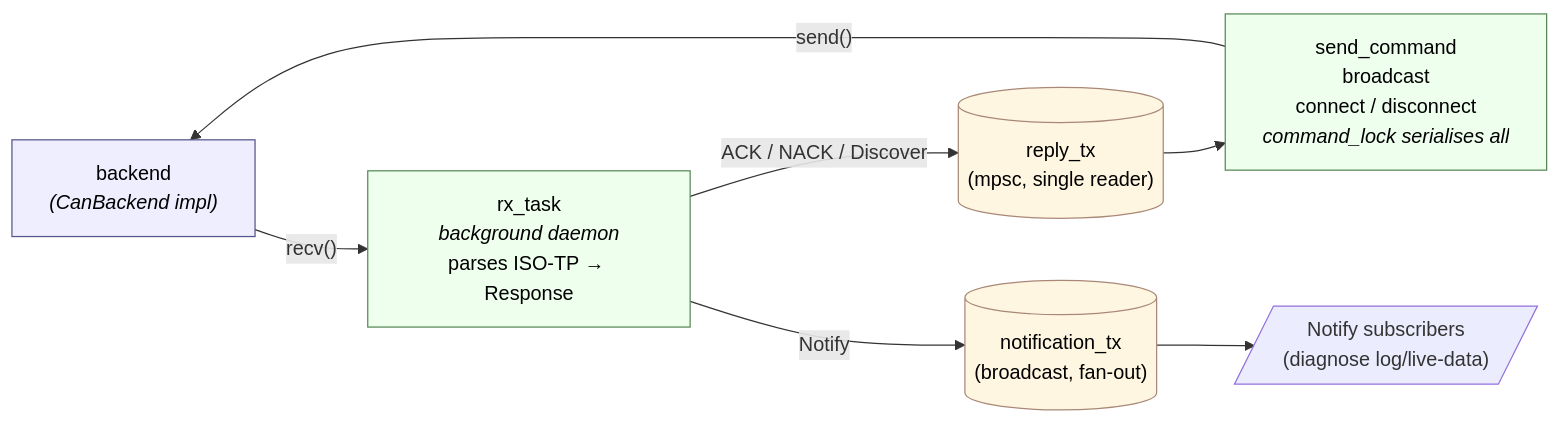
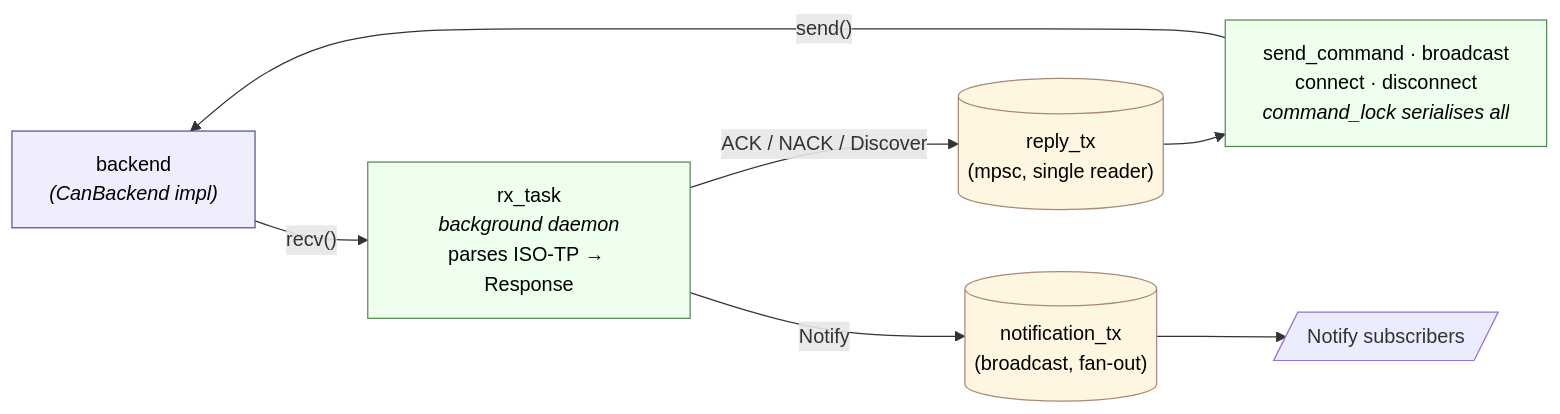
One commit to isc-fs/MingoCAN changed the diagram in ARCHITECTURE.md. Above: the diagram before and after it, drawn with Mermaid. The commit also changed other lines of this file and 3 other files, not shown here.

First line of the commit message:
docs: rewrite REQUIREMENTS and ARCHITECTURE (#581)

````diff
--- a/ARCHITECTURE.md
+++ b/ARCHITECTURE.md
@@ -170,23 +173,23 @@
 ```mermaid
 flowchart LR
     backend["backend<br/><i>(CanBackend impl)</i>"]
     rx["rx_task<br/><i>background daemon</i><br/>parses ISO-TP → Response"]
     reply[("reply_tx<br/>(mpsc, single reader)")]
     notif[("notification_tx<br/>(broadcast, fan-out)")]
-    ops["send_command<br/>broadcast<br/>connect / disconnect<br/><i>command_lock serialises all</i>"]
-    sub[/"Notify subscribers<br/>(diagnose log/live-data)"/]
+    ops["send_command · broadcast<br/>connect · disconnect<br/><i>command_lock serialises all</i>"]
+    sub[/"Notify subscribers"/]
 
     backend -- "recv()" --> rx
     rx -- "ACK / NACK / Discover" --> reply
     rx -- "Notify" --> notif
     reply --> ops
     notif --> sub
     ops -- "send()" --> backend
 
     classDef io fill:#eef,stroke:#558,color:#000;
     classDef task fill:#efe,stroke:#585,color:#000;
     classDef chan fill:#fef6e0,stroke:#a87,color:#000;
     class backend io
     class rx,ops task
     class reply,notif chan
 ```
````
